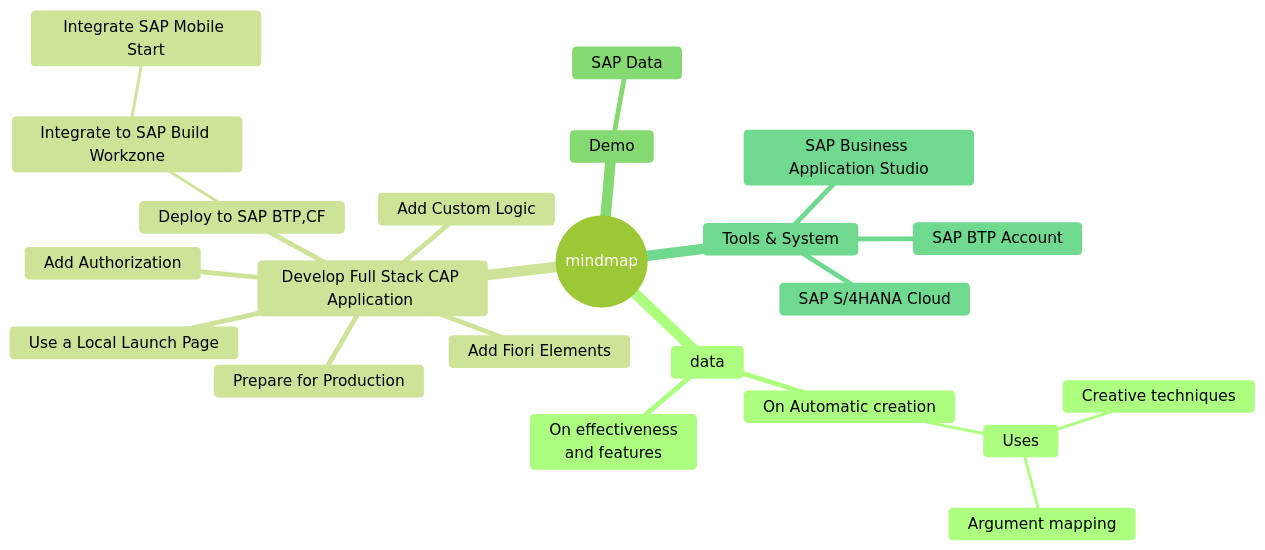
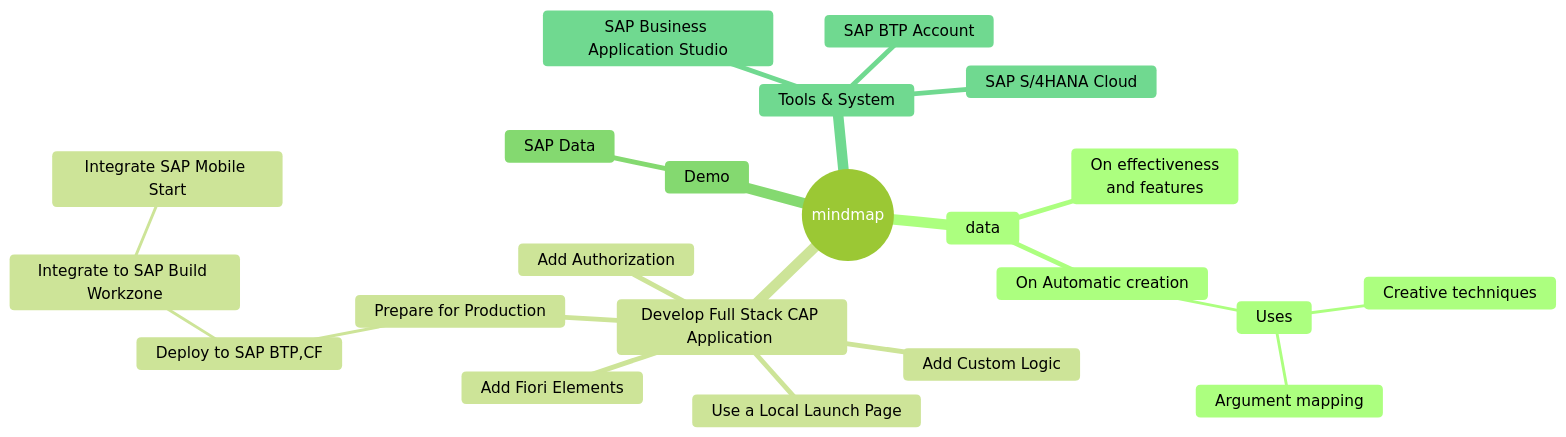
The first of 4 diagrams in README.md (ejazsyed/validation-issue), drawn with Mermaid (forest theme) before and after one commit.

````diff
--- a/README.md
+++ b/README.md
@@ -7,26 +7,26 @@
 ```mermaid
    mindmap
   root((mindmap))
     data
       On effectiveness<br/>and features
       On Automatic creation
         Uses
             Creative techniques
             Argument mapping
     Develop Full Stack CAP Application 
       Add Custom Logic
       Add Fiori Elements
       Use a Local Launch Page
       Add Authorization
       Prepare for Production
-      Deploy to SAP BTP,CF
-        Integrate to SAP Build Workzone
-          Integrate SAP Mobile Start
+        Deploy to SAP BTP,CF
+          Integrate to SAP Build Workzone
+            Integrate SAP Mobile Start
     Demo
       SAP Data
     Tools & System
       SAP BTP Account
       SAP Business Application Studio
       SAP S/4HANA Cloud
 
 ```
````
